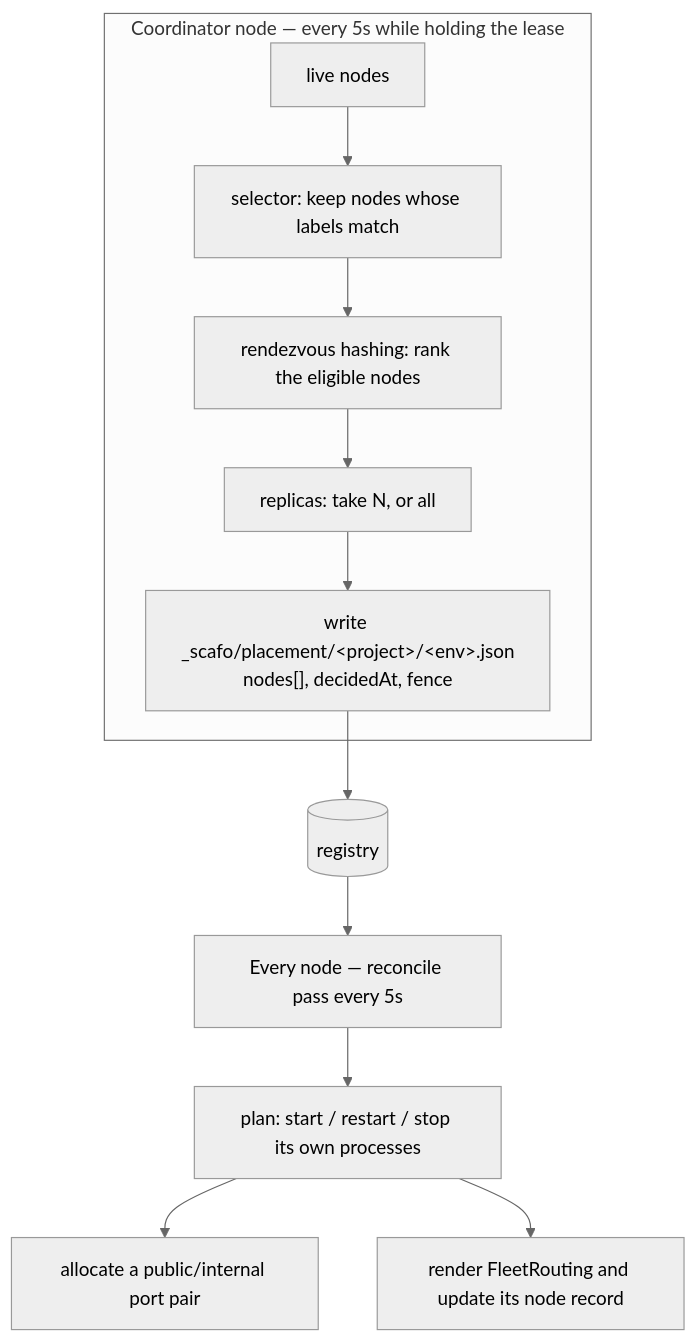
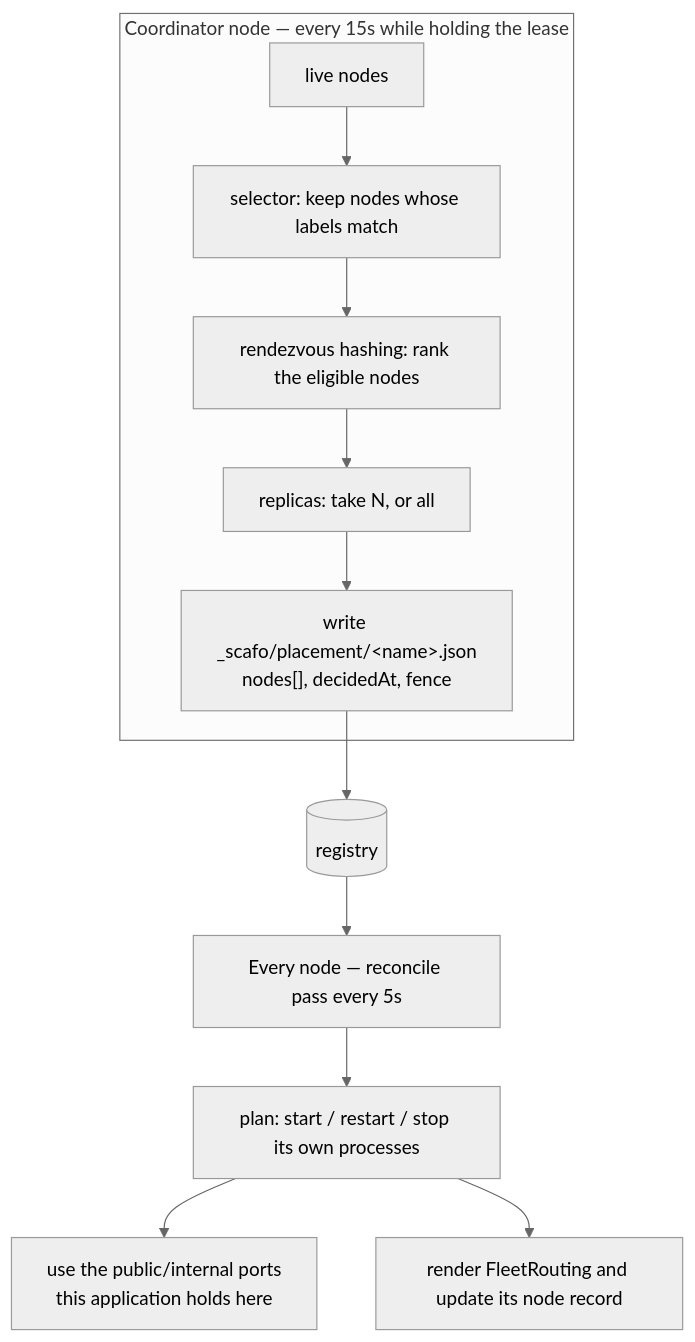
The diagram in 1.docs/13.placement.md (sandros94/scafo-docs), drawn with Mermaid (neutral theme) before and after one commit. The commit also changed other lines of this file and 36 other files, not shown here.

````diff
--- a/1.docs/13.placement.md
+++ b/1.docs/13.placement.md
@@ -11,14 +11,14 @@
 ```mermaid
 flowchart TD
-  subgraph coordinator["Coordinator node — every 5s while holding the lease"]
+  subgraph coordinator["Coordinator node — every 15s while holding the lease"]
     live["live nodes"] --> sel["selector: keep nodes whose labels match"]
     sel --> rv["rendezvous hashing: rank the eligible nodes"]
     rv --> rep["replicas: take N, or all"]
-    rep --> rec["write _scafo/placement/&lt;project&gt;/&lt;env&gt;.json<br/>nodes[], decidedAt, fence"]
+    rep --> rec["write _scafo/placement/&lt;name&gt;.json<br/>nodes[], decidedAt, fence"]
   end
   rec --> bucket[("registry")]
   bucket --> node["Every node — reconcile pass every 5s"]
   node --> plan["plan: start / restart / stop its own processes"]
-  plan --> ports["allocate a public/internal port pair"]
+  plan --> ports["use the public/internal ports<br/>this application holds here"]
   plan --> routing["render FleetRouting and update its node record"]
 ```
````
